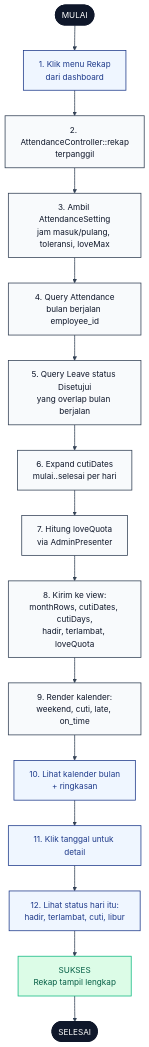
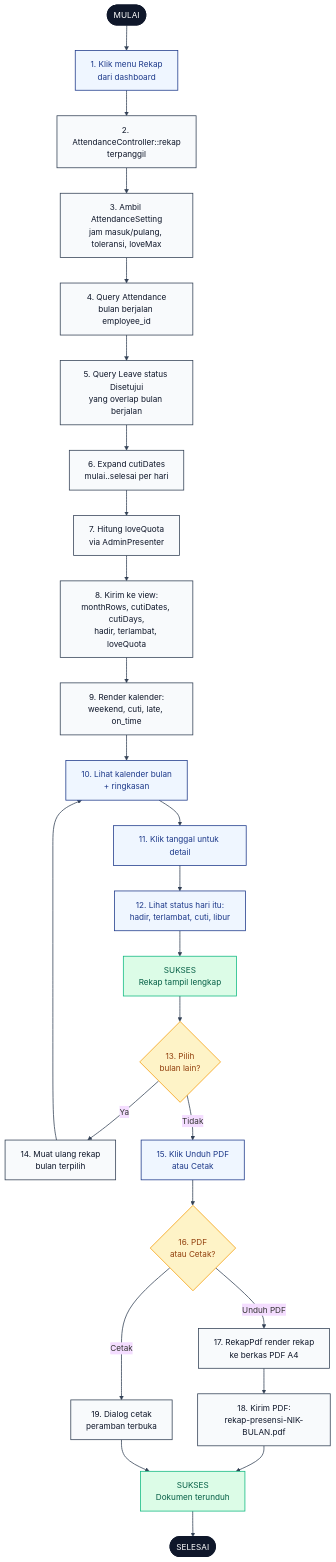
Before and after one commit to radacore/absensi-pu: the diagram in docs/activity-diagrams/10-rekap-kehadiran.md, drawn with Mermaid (base theme). The commit also changed other lines of this file and 21 other files, not shown here.

First line of the commit message:
feat(rekap): tambah ekspor PDF dan cetak rekap presensi

````diff
--- a/docs/activity-diagrams/10-rekap-kehadiran.md
+++ b/docs/activity-diagrams/10-rekap-kehadiran.md
@@ -11,45 +11,65 @@
 ```mermaid
 flowchart TD
     START([MULAI]):::se
 
     A1["1. Klik menu Rekap<br/>dari dashboard"]:::user
     S1["2. AttendanceController::rekap<br/>terpanggil"]:::sys
     S2["3. Ambil AttendanceSetting<br/>jam masuk/pulang, toleransi, loveMax"]:::sys
     S3["4. Query Attendance<br/>bulan berjalan employee_id"]:::sys
     S4["5. Query Leave status Disetujui<br/>yang overlap bulan berjalan"]:::sys
     S5["6. Expand cutiDates<br/>mulai..selesai per hari"]:::sys
     S6["7. Hitung loveQuota<br/>via AdminPresenter"]:::sys
     S7["8. Kirim ke view:<br/>monthRows, cutiDates, cutiDays,<br/>hadir, terlambat, loveQuota"]:::sys
     S8["9. Render kalender:<br/>weekend, cuti, late, on_time"]:::sys
 
     A2["10. Lihat kalender bulan<br/>+ ringkasan"]:::user
     A3["11. Klik tanggal untuk detail"]:::user
     A4["12. Lihat status hari itu:<br/>hadir, terlambat, cuti, libur"]:::user
 
+    D1{"13. Pilih<br/>bulan lain?"}:::dec
+    S9["14. Muat ulang rekap<br/>bulan terpilih"]:::sys
+
+    A5["15. Klik Unduh PDF<br/>atau Cetak"]:::user
+    D2{"16. PDF<br/>atau Cetak?"}:::dec
+    S10["17. RekapPdf render rekap<br/>ke berkas PDF A4"]:::sys
+    S11["18. Kirim PDF:<br/>rekap-presensi-NIK-BULAN.pdf"]:::sys
+    P1["19. Dialog cetak<br/>peramban terbuka"]:::sys
+
     OK["SUKSES<br/>Rekap tampil lengkap"]:::ok
+    OK2["SUKSES<br/>Dokumen terunduh"]:::ok
     END([SELESAI]):::se
 
     START --> A1
     A1 --> S1
     S1 --> S2
     S2 --> S3
     S3 --> S4
     S4 --> S5
     S5 --> S6
     S6 --> S7
     S7 --> S8
     S8 --> A2
     A2 --> A3
     A3 --> A4
     A4 --> OK
-    OK --> END
+    OK --> D1
+    D1 -->|Ya| S9
+    S9 --> A2
+    D1 -->|Tidak| A5
+    A5 --> D2
+    D2 -->|Unduh PDF| S10
+    S10 --> S11
+    S11 --> OK2
+    D2 -->|Cetak| P1
+    P1 --> OK2
+    OK2 --> END
 
     classDef se fill:#0F172A,stroke:#0F172A,color:#fff,stroke-width:2px
     classDef user fill:#EFF6FF,stroke:#1E3A8A,color:#1E3A8A,stroke-width:1.5px
     classDef sys fill:#F8FAFC,stroke:#334155,color:#0F172A,stroke-width:1.5px
     classDef dec fill:#FEF3C7,stroke:#F59E0B,color:#92400E,stroke-width:1.5px
     classDef err fill:#FEE2E2,stroke:#EF4444,color:#991B1B,stroke-width:1.5px
     classDef ok fill:#DCFCE7,stroke:#10B981,color:#065F46,stroke-width:1.5px
 
     linkStyle default stroke:#334155,stroke-width:1.5px
 ```
````
